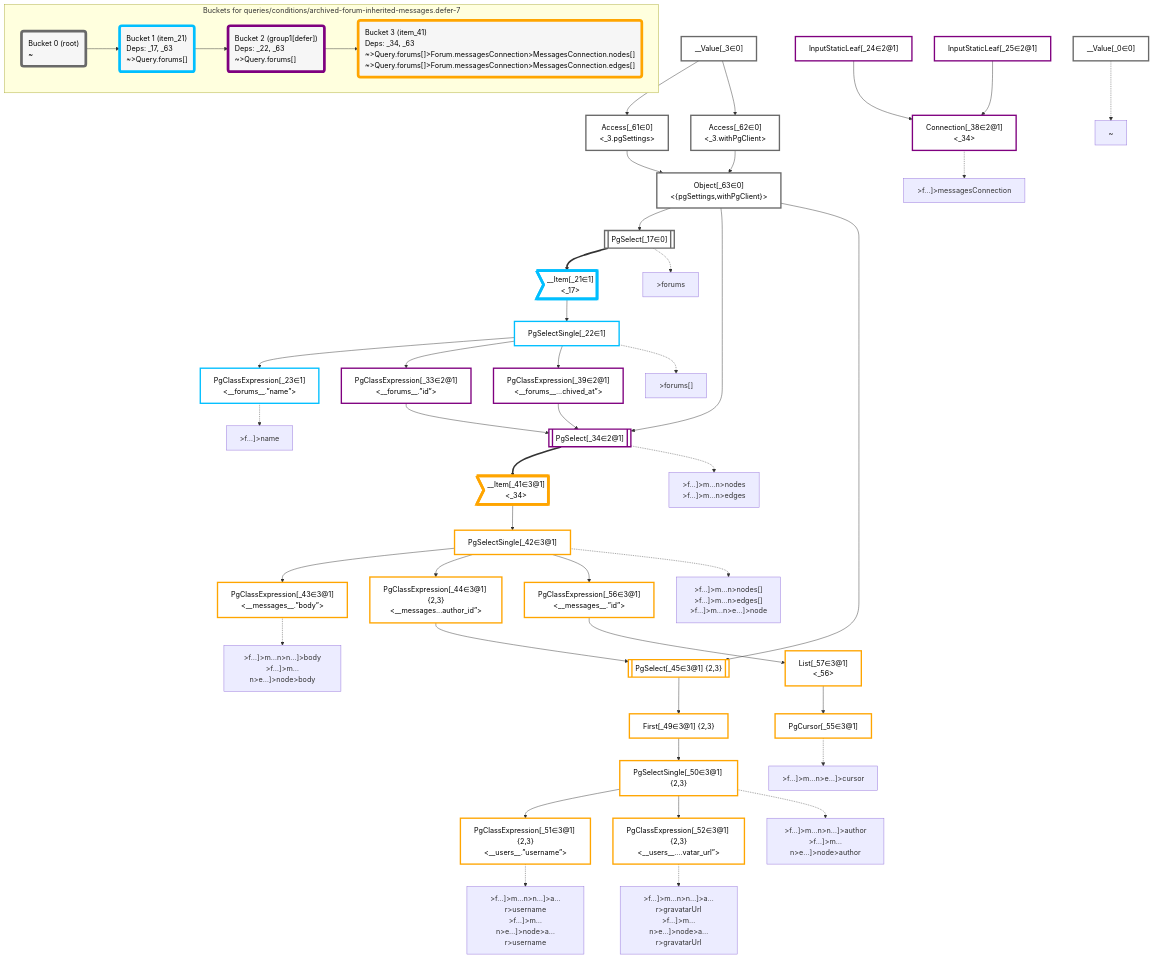
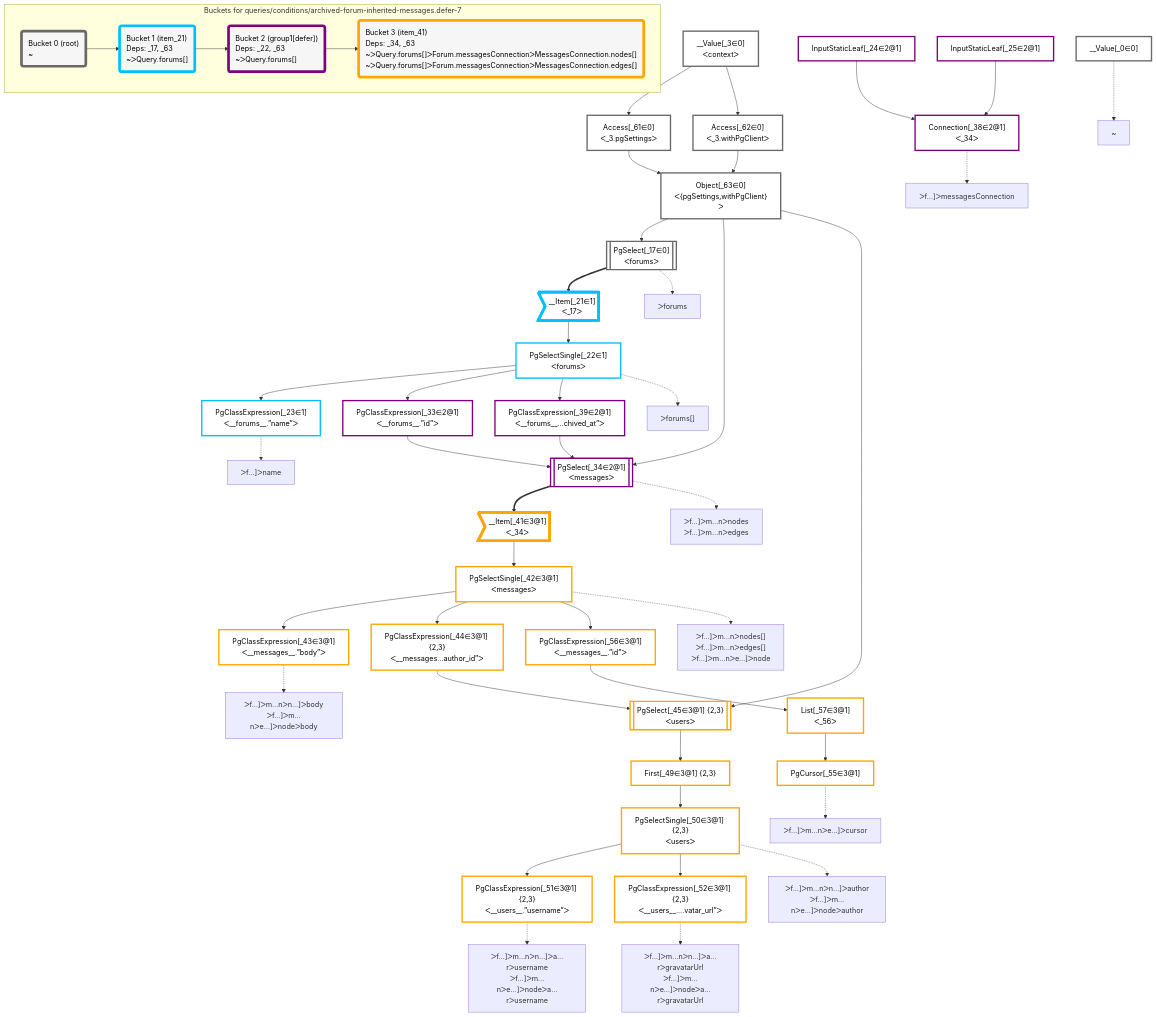
Before and after one commit to graphile/crystal: the diagram in packages/dataplan-pg/__tests__/queries/conditions/archived-forum-inherited-messages.defer-7.mermaid.md, drawn with Mermaid. The commit also changed 195 other files, not shown here.

```diff
--- a/packages/dataplan-pg/__tests__/queries/conditions/archived-forum-inherited-messages.defer-7.mermaid.md
+++ b/packages/dataplan-pg/__tests__/queries/conditions/archived-forum-inherited-messages.defer-7.mermaid.md
@@ -9,32 +9,32 @@
 
     %% define plans
     __Value_0["__Value[_0∈0]"]:::plan
-    __Value_3["__Value[_3∈0]<br /><context>"]:::plan
-    PgSelect_17[["PgSelect[_17∈0]<br /><forums>"]]:::plan
-    __Item_21>"__Item[_21∈1]<br /><_17>"]:::itemplan
-    PgSelectSingle_22["PgSelectSingle[_22∈1]<br /><forums>"]:::plan
-    PgClassExpression_23["PgClassExpression[_23∈1]<br /><__forums__.”name”>"]:::plan
+    __Value_3["__Value[_3∈0]<br />ᐸcontextᐳ"]:::plan
+    PgSelect_17[["PgSelect[_17∈0]<br />ᐸforumsᐳ"]]:::plan
+    __Item_21>"__Item[_21∈1]<br />ᐸ_17ᐳ"]:::itemplan
+    PgSelectSingle_22["PgSelectSingle[_22∈1]<br />ᐸforumsᐳ"]:::plan
+    PgClassExpression_23["PgClassExpression[_23∈1]<br />ᐸ__forums__.”name”ᐳ"]:::plan
     InputStaticLeaf_24["InputStaticLeaf[_24∈2@1]"]:::plan
     InputStaticLeaf_25["InputStaticLeaf[_25∈2@1]"]:::plan
-    PgClassExpression_33["PgClassExpression[_33∈2@1]<br /><__forums__.”id”>"]:::plan
-    PgSelect_34[["PgSelect[_34∈2@1]<br /><messages>"]]:::plan
-    Connection_38["Connection[_38∈2@1]<br /><_34>"]:::plan
-    PgClassExpression_39["PgClassExpression[_39∈2@1]<br /><__forums__...chived_at”>"]:::plan
-    __Item_41>"__Item[_41∈3@1]<br /><_34>"]:::itemplan
-    PgSelectSingle_42["PgSelectSingle[_42∈3@1]<br /><messages>"]:::plan
-    PgClassExpression_43["PgClassExpression[_43∈3@1]<br /><__messages__.”body”>"]:::plan
-    PgClassExpression_44["PgClassExpression[_44∈3@1] {2,3}<br /><__messages...author_id”>"]:::plan
-    PgSelect_45[["PgSelect[_45∈3@1] {2,3}<br /><users>"]]:::plan
+    PgClassExpression_33["PgClassExpression[_33∈2@1]<br />ᐸ__forums__.”id”ᐳ"]:::plan
+    PgSelect_34[["PgSelect[_34∈2@1]<br />ᐸmessagesᐳ"]]:::plan
+    Connection_38["Connection[_38∈2@1]<br />ᐸ_34ᐳ"]:::plan
+    PgClassExpression_39["PgClassExpression[_39∈2@1]<br />ᐸ__forums__...chived_at”ᐳ"]:::plan
+    __Item_41>"__Item[_41∈3@1]<br />ᐸ_34ᐳ"]:::itemplan
+    PgSelectSingle_42["PgSelectSingle[_42∈3@1]<br />ᐸmessagesᐳ"]:::plan
+    PgClassExpression_43["PgClassExpression[_43∈3@1]<br />ᐸ__messages__.”body”ᐳ"]:::plan
+    PgClassExpression_44["PgClassExpression[_44∈3@1] {2,3}<br />ᐸ__messages...author_id”ᐳ"]:::plan
+    PgSelect_45[["PgSelect[_45∈3@1] {2,3}<br />ᐸusersᐳ"]]:::plan
     First_49["First[_49∈3@1] {2,3}"]:::plan
-    PgSelectSingle_50["PgSelectSingle[_50∈3@1] {2,3}<br /><users>"]:::plan
-    PgClassExpression_51["PgClassExpression[_51∈3@1] {2,3}<br /><__users__.”username”>"]:::plan
-    PgClassExpression_52["PgClassExpression[_52∈3@1] {2,3}<br /><__users__....vatar_url”>"]:::plan
+    PgSelectSingle_50["PgSelectSingle[_50∈3@1] {2,3}<br />ᐸusersᐳ"]:::plan
+    PgClassExpression_51["PgClassExpression[_51∈3@1] {2,3}<br />ᐸ__users__.”username”ᐳ"]:::plan
+    PgClassExpression_52["PgClassExpression[_52∈3@1] {2,3}<br />ᐸ__users__....vatar_url”ᐳ"]:::plan
     PgCursor_55["PgCursor[_55∈3@1]"]:::plan
-    PgClassExpression_56["PgClassExpression[_56∈3@1]<br /><__messages__.”id”>"]:::plan
-    List_57["List[_57∈3@1]<br /><_56>"]:::plan
-    Access_61["Access[_61∈0]<br /><_3.pgSettings>"]:::plan
-    Access_62["Access[_62∈0]<br /><_3.withPgClient>"]:::plan
-    Object_63["Object[_63∈0]<br /><{pgSettings,withPgClient}>"]:::plan
+    PgClassExpression_56["PgClassExpression[_56∈3@1]<br />ᐸ__messages__.”id”ᐳ"]:::plan
+    List_57["List[_57∈3@1]<br />ᐸ_56ᐳ"]:::plan
+    Access_61["Access[_61∈0]<br />ᐸ_3.pgSettingsᐳ"]:::plan
+    Access_62["Access[_62∈0]<br />ᐸ_3.withPgClientᐳ"]:::plan
+    Object_63["Object[_63∈0]<br />ᐸ{pgSettings,withPgClient}ᐳ"]:::plan
 
     %% plan dependencies
     Object_63 --> PgSelect_17
@@ -69,27 +69,27 @@
     %% plan-to-path relationships
     P_0["~"]
     __Value_0 -.-> P_0
-    P_17[">forums"]
+    P_17["ᐳforums"]
     PgSelect_17 -.-> P_17
-    P_22[">forums[]"]
+    P_22["ᐳforums[]"]
     PgSelectSingle_22 -.-> P_22
-    P_23[">f…]>name"]
+    P_23["ᐳf…]ᐳname"]
     PgClassExpression_23 -.-> P_23
-    P_34[">f…]>m…n>nodes<br />>f…]>m…n>edges"]
+    P_34["ᐳf…]ᐳm…nᐳnodes<br />ᐳf…]ᐳm…nᐳedges"]
     PgSelect_34 -.-> P_34
-    P_38[">f…]>messagesConnection"]
+    P_38["ᐳf…]ᐳmessagesConnection"]
     Connection_38 -.-> P_38
-    P_42[">f…]>m…n>nodes[]<br />>f…]>m…n>edges[]<br />>f…]>m…n>e…]>node"]
+    P_42["ᐳf…]ᐳm…nᐳnodes[]<br />ᐳf…]ᐳm…nᐳedges[]<br />ᐳf…]ᐳm…nᐳe…]ᐳnode"]
     PgSelectSingle_42 -.-> P_42
-    P_43[">f…]>m…n>n…]>body<br />>f…]>m…n>e…]>node>body"]
+    P_43["ᐳf…]ᐳm…nᐳn…]ᐳbody<br />ᐳf…]ᐳm…nᐳe…]ᐳnodeᐳbody"]
     PgClassExpression_43 -.-> P_43
-    P_50[">f…]>m…n>n…]>author<br />>f…]>m…n>e…]>node>author"]
+    P_50["ᐳf…]ᐳm…nᐳn…]ᐳauthor<br />ᐳf…]ᐳm…nᐳe…]ᐳnodeᐳauthor"]
     PgSelectSingle_50 -.-> P_50
-    P_51[">f…]>m…n>n…]>a…r>username<br />>f…]>m…n>e…]>node>a…r>username"]
+    P_51["ᐳf…]ᐳm…nᐳn…]ᐳa…rᐳusername<br />ᐳf…]ᐳm…nᐳe…]ᐳnodeᐳa…rᐳusername"]
     PgClassExpression_51 -.-> P_51
-    P_52[">f…]>m…n>n…]>a…r>gravatarUrl<br />>f…]>m…n>e…]>node>a…r>gravatarUrl"]
+    P_52["ᐳf…]ᐳm…nᐳn…]ᐳa…rᐳgravatarUrl<br />ᐳf…]ᐳm…nᐳe…]ᐳnodeᐳa…rᐳgravatarUrl"]
     PgClassExpression_52 -.-> P_52
-    P_55[">f…]>m…n>e…]>cursor"]
+    P_55["ᐳf…]ᐳm…nᐳe…]ᐳcursor"]
     PgCursor_55 -.-> P_55
 
     %% allocate buckets
@@ -105,13 +105,13 @@
     subgraph "Buckets for queries/conditions/archived-forum-inherited-messages.defer-7"
     Bucket0("Bucket 0 (root)<br />~"):::bucket
     style Bucket0 stroke:#696969
-    Bucket1("Bucket 1 (item_21)<br />Deps: _17, _63<br />~>Query.forums[]"):::bucket
+    Bucket1("Bucket 1 (item_21)<br />Deps: _17, _63<br />~ᐳQuery.forums[]"):::bucket
     style Bucket1 stroke:#00bfff
     Bucket0 --> Bucket1
-    Bucket2("Bucket 2 (group1[defer])<br />Deps: _22, _63<br />~>Query.forums[]"):::bucket
+    Bucket2("Bucket 2 (group1[defer])<br />Deps: _22, _63<br />~ᐳQuery.forums[]"):::bucket
     style Bucket2 stroke:#7f007f
     Bucket1 --> Bucket2
-    Bucket3("Bucket 3 (item_41)<br />Deps: _34, _63<br />~>Query.forums[]>Forum.messagesConnection>MessagesConnection.nodes[]<br />~>Query.forums[]>Forum.messagesConnection>MessagesConnection.edges[]"):::bucket
+    Bucket3("Bucket 3 (item_41)<br />Deps: _34, _63<br />~ᐳQuery.forums[]ᐳForum.messagesConnectionᐳMessagesConnection.nodes[]<br />~ᐳQuery.forums[]ᐳForum.messagesConnectionᐳMessagesConnection.edges[]"):::bucket
     style Bucket3 stroke:#ffa500
     Bucket2 --> Bucket3
     end
```
